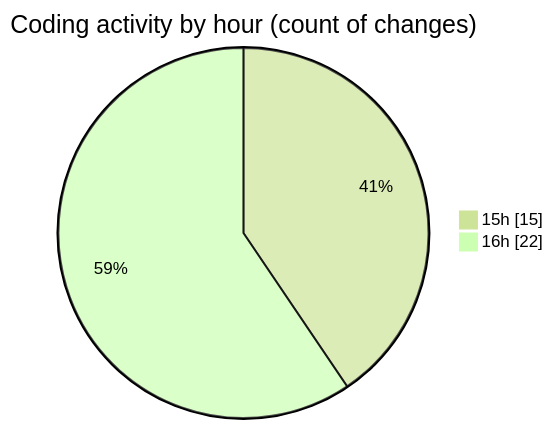
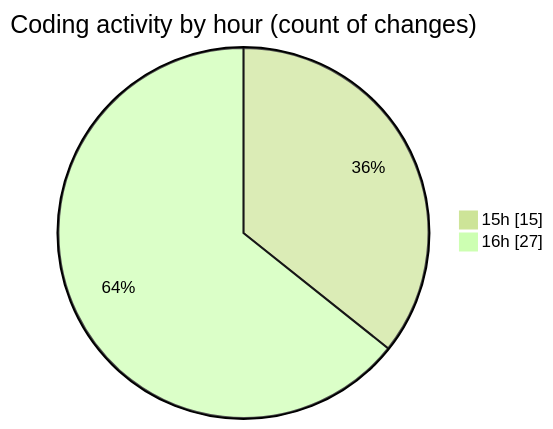
One commit to donsfak/code-tracking changed the second of 2 diagrams in 2025-02-25/trackers_app/README.md. Above: the diagram before and after it, drawn with Mermaid (forest theme). The commit also changed other lines of this file and 1 other file, not shown here.

````diff
--- a/2025-02-25/trackers_app/README.md
+++ b/2025-02-25/trackers_app/README.md
@@ -32,6 +34,6 @@
 ```mermaid
 pie showData
 title Coding activity by hour (count of changes)
 "15h" : 15
-"16h" : 22
+"16h" : 27
 ```
````
